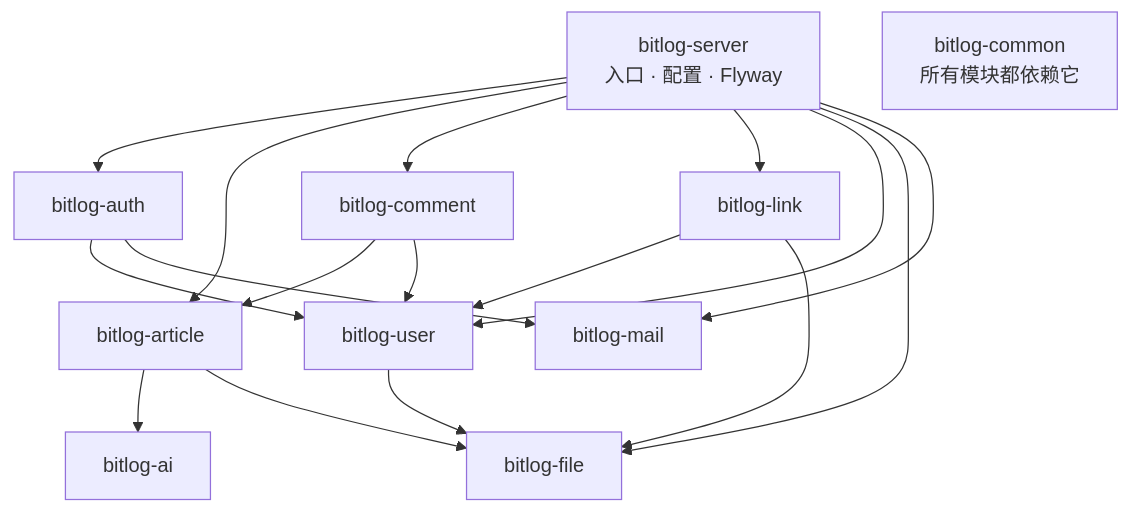
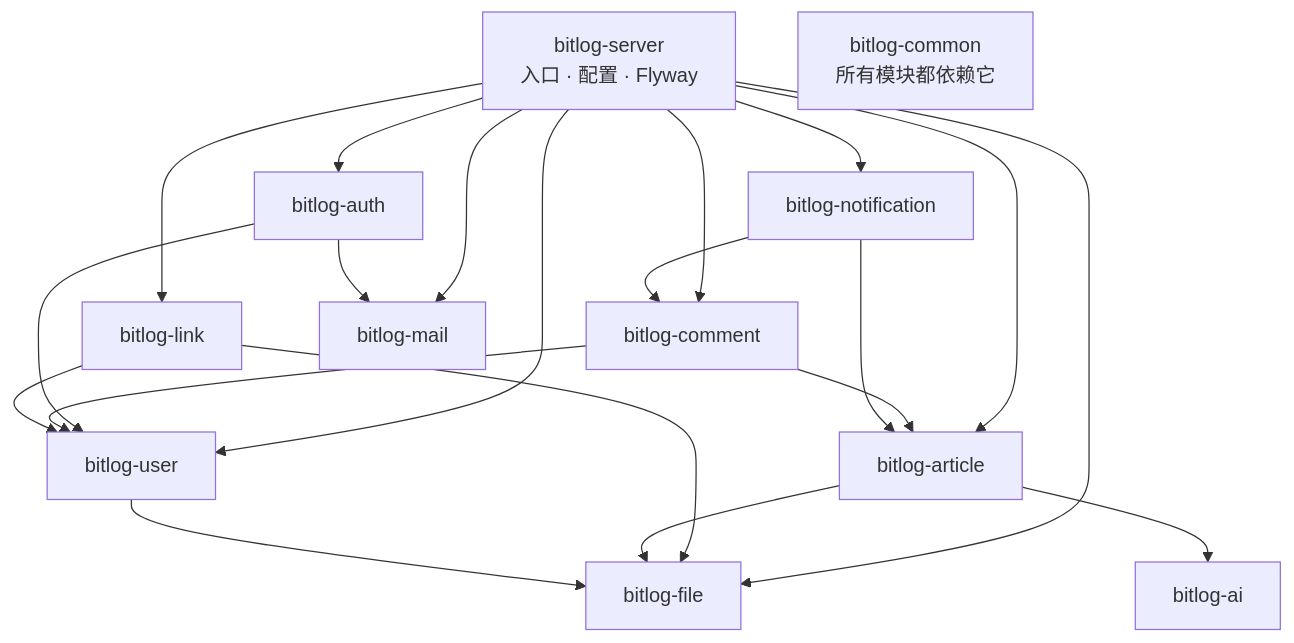
Before and after one commit to hleidev/bitlog: the diagram in docs/architecture.md, drawn with Mermaid. The commit also changed other lines of this file and 9 other files, not shown here.

````diff
--- a/docs/architecture.md
+++ b/docs/architecture.md
@@ -30,23 +30,26 @@
 ```mermaid
 graph TD
     server[bitlog-server<br/>入口 · 配置 · Flyway]
     server --> auth[bitlog-auth]
     server --> article[bitlog-article]
     server --> comment[bitlog-comment]
     server --> link[bitlog-link]
     server --> user[bitlog-user]
     server --> file[bitlog-file]
     server --> mail[bitlog-mail]
+    server --> notification[bitlog-notification]
 
     auth --> user
     auth --> mail
     comment --> article
     comment --> user
     link --> user
     link --> file
     article --> ai[bitlog-ai]
     article --> file
     user --> file
+    notification --> comment
+    notification --> article
 
     common[bitlog-common<br/>所有模块都依赖它]
 ```
````
